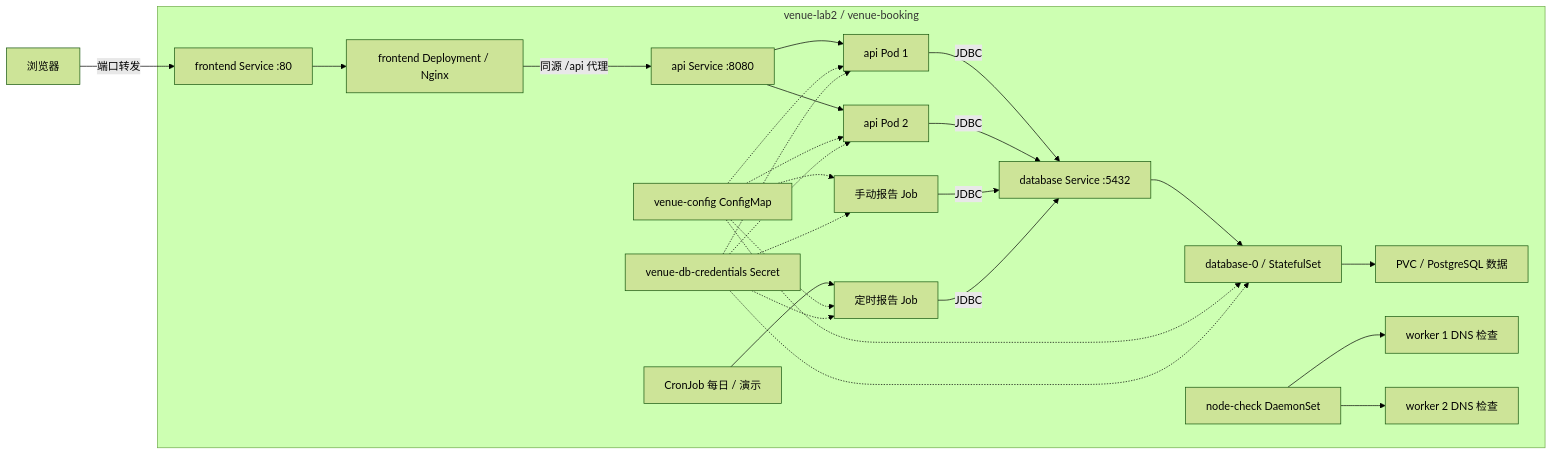
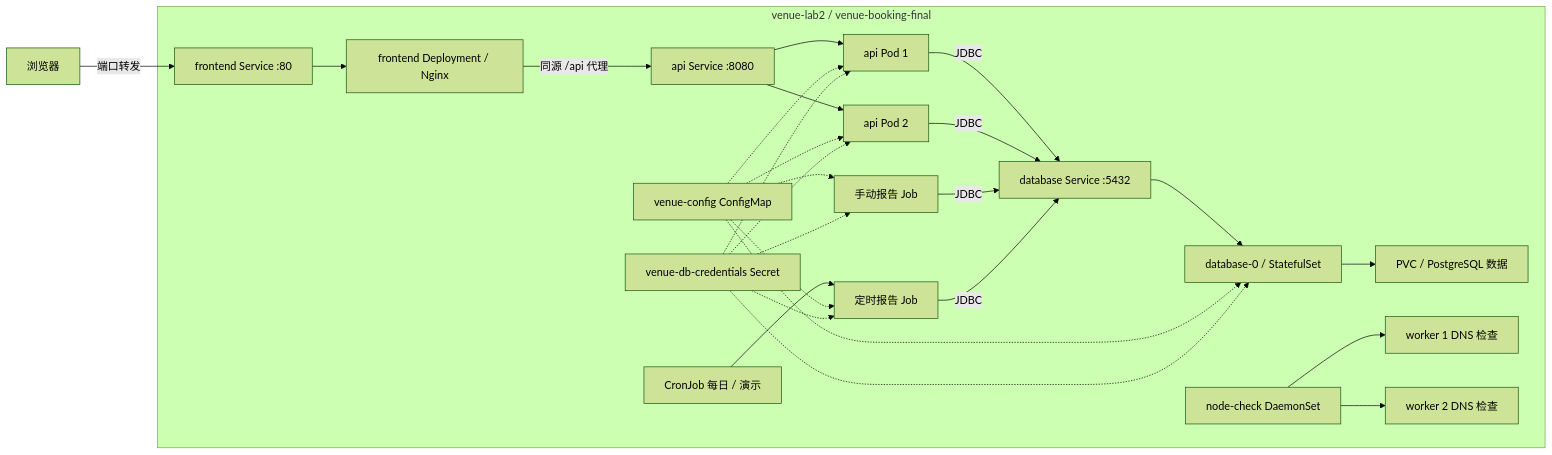
The diagram in docs/lab2-report.md (Nianle-Li/cloud-native-software-tech-lab), drawn with Mermaid (forest theme) before and after one commit. The commit also changed other lines of this file and 452 other files, not shown here.

````diff
--- a/docs/lab2-report.md
+++ b/docs/lab2-report.md
@@ -40,29 +40,29 @@
 ```mermaid
 flowchart LR
     Browser[浏览器] -->|端口转发| FrontendSvc[frontend Service :80]
-    subgraph Cluster[venue-lab2 / venue-booking]
+    subgraph Cluster[venue-lab2 / venue-booking-final]
         FrontendSvc --> FrontendPod[frontend Deployment / Nginx]
         FrontendPod -->|同源 /api 代理| ApiSvc[api Service :8080]
         ApiSvc --> ApiPod1[api Pod 1]
         ApiSvc --> ApiPod2[api Pod 2]
         ApiPod1 -->|JDBC| DbSvc[database Service :5432]
         ApiPod2 -->|JDBC| DbSvc
         ManualJob[手动报告 Job] -->|JDBC| DbSvc
         Cron[CronJob 每日 / 演示] --> ScheduledJob[定时报告 Job]
         ScheduledJob -->|JDBC| DbSvc
         DbSvc --> DbPod[database-0 / StatefulSet]
         DbPod --> PVC[PVC / PostgreSQL 数据]
         Config[venue-config ConfigMap] -.-> ApiPod1
         Config -.-> ApiPod2
         Config -.-> ManualJob
         Config -.-> ScheduledJob
         Config -.-> DbPod
         Secret[venue-db-credentials Secret] -.-> ApiPod1
         Secret -.-> ApiPod2
         Secret -.-> ManualJob
         Secret -.-> ScheduledJob
         Secret -.-> DbPod
         Nodes[node-check DaemonSet] --> Worker1[worker 1 DNS 检查]
         Nodes --> Worker2[worker 2 DNS 检查]
     end
 ```
````
